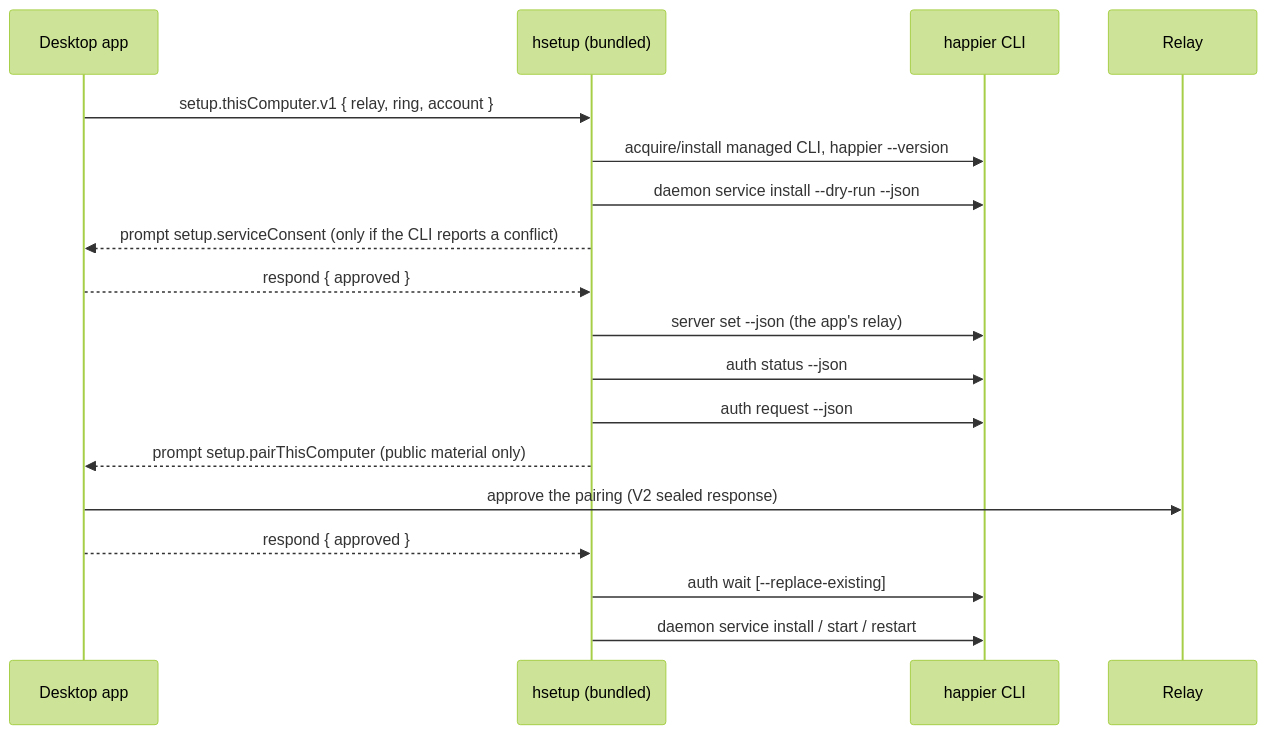
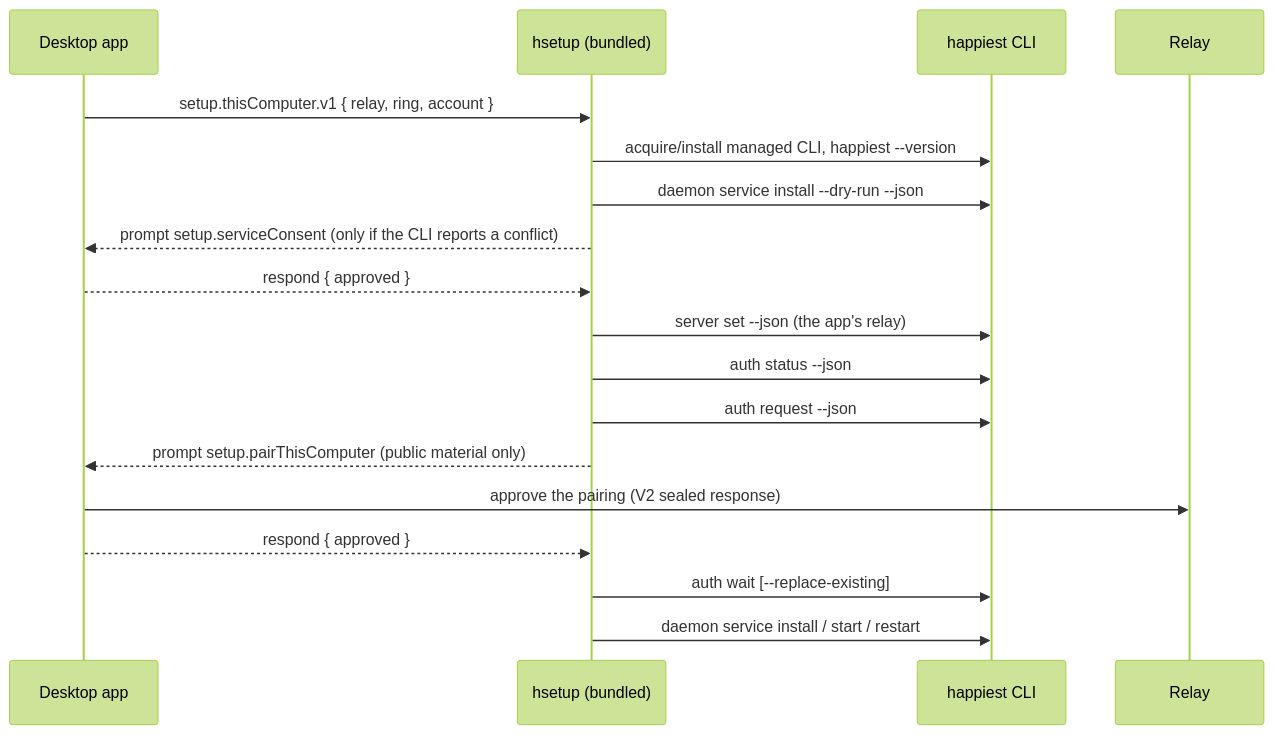
The third of 13 diagrams in docs/cli-architecture.md (ErikaAlk/happiest), drawn with Mermaid (forest theme) before and after one commit. The commit also changed other lines of this file and 11 other files, not shown here.

````diff
--- a/docs/cli-architecture.md
+++ b/docs/cli-architecture.md
@@ -86,21 +86,21 @@
 ```mermaid
 sequenceDiagram
     participant App as Desktop app
     participant Hsetup as hsetup (bundled)
-    participant CLI as happier CLI
+    participant CLI as happiest CLI
     participant Relay
 
     App->>Hsetup: setup.thisComputer.v1 { relay, ring, account }
-    Hsetup->>CLI: acquire/install managed CLI, happier --version
+    Hsetup->>CLI: acquire/install managed CLI, happiest --version
     Hsetup->>CLI: daemon service install --dry-run --json
     Hsetup-->>App: prompt setup.serviceConsent (only if the CLI reports a conflict)
     App-->>Hsetup: respond { approved }
     Hsetup->>CLI: server set --json (the app's relay)
     Hsetup->>CLI: auth status --json
     Hsetup->>CLI: auth request --json
     Hsetup-->>App: prompt setup.pairThisComputer (public material only)
     App->>Relay: approve the pairing (V2 sealed response)
     App-->>Hsetup: respond { approved }
     Hsetup->>CLI: auth wait [--replace-existing]
     Hsetup->>CLI: daemon service install / start / restart
 ```
````
